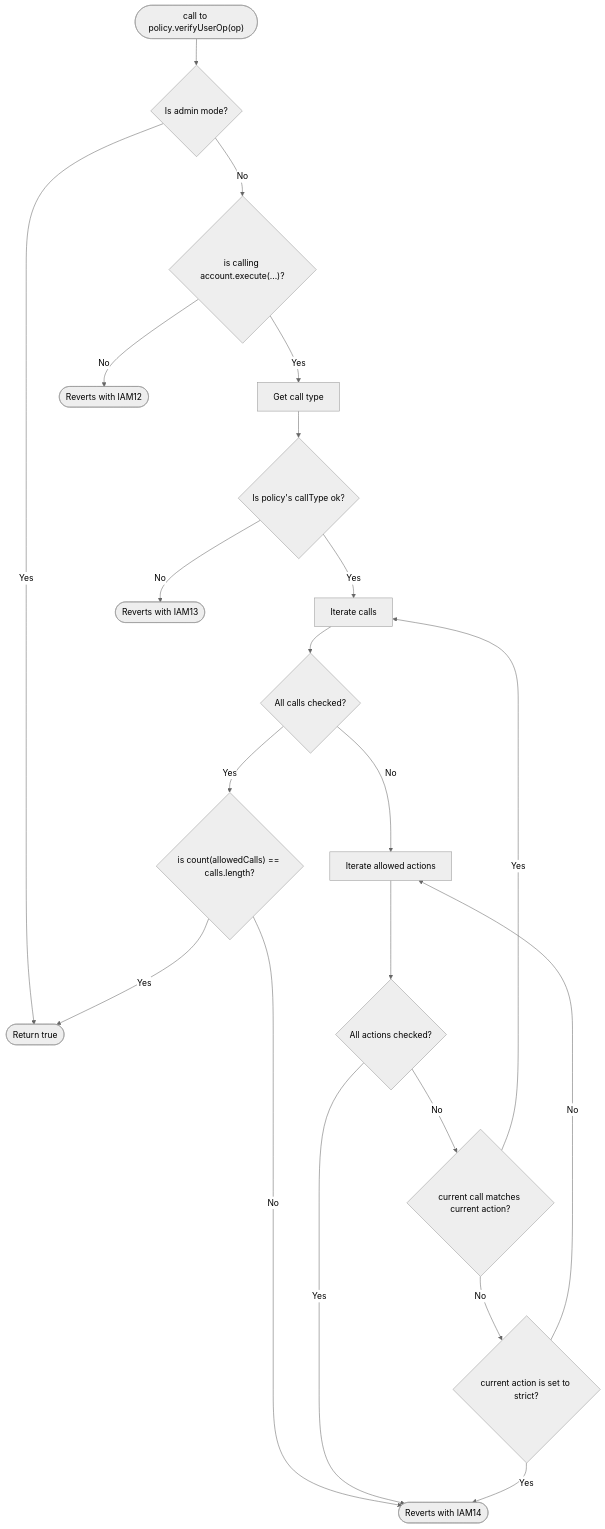
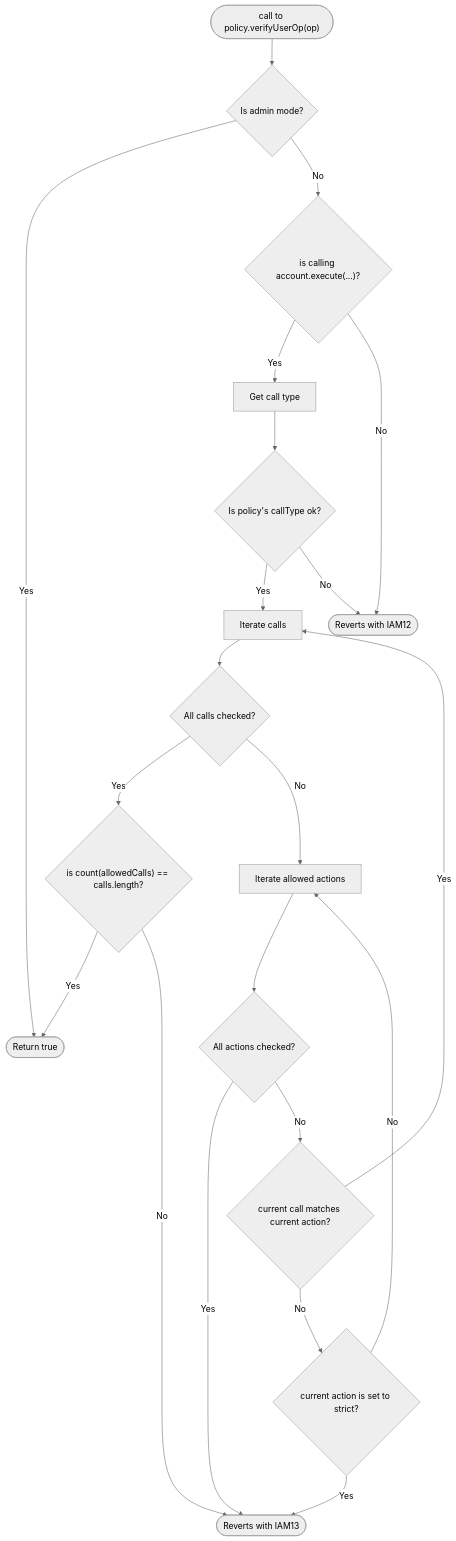
Before and after one commit to stackup-wallet/accessctl: the second of 2 diagrams in README.md, drawn with Mermaid (neutral theme). The commit also changed other lines of this file and 5 other files, not shown here.

````diff
--- a/README.md
+++ b/README.md
@@ -153,23 +153,23 @@
 ```mermaid
 flowchart TD
     start(["call to policy.verifyUserOp(op)"])-->isAdmin{Is admin mode?}
     isAdmin-->|Yes|ok([Return true])
     isAdmin-->|No|isExec{"is calling account.execute(...)?"}
     isExec-->|Yes|getCallType["Get call type"]
     isExec-->|No|iam12([Reverts with IAM12])
     getCallType-->isCallTypeOk{"Is policy's callType ok?"}
     isCallTypeOk-->|Yes|iterateCalls[Iterate calls]
-    isCallTypeOk-->|No|iam13([Reverts with IAM13])
+    isCallTypeOk-->|No|iam12([Reverts with IAM12])
     iterateCalls-->isLastCall{All calls checked?}
     isLastCall-->|Yes|allCallsOk{"is count(allowedCalls) == calls.length?"}
     allCallsOk-->|Yes|ok
-    allCallsOk-->|No|iam14([Reverts with IAM14])
+    allCallsOk-->|No|iam13([Reverts with IAM13])
     isLastCall-->|No|iterateActions[Iterate allowed actions]
     iterateActions-->isLastAction{All actions checked?}
-    isLastAction-->|Yes|iam14
+    isLastAction-->|Yes|iam13
     isLastAction-->|No|isCallActionMatch{current call matches current action?}
     isCallActionMatch-->|No|isStrictMode{current action is set to strict?}
-    isStrictMode-->|Yes|iam14
+    isStrictMode-->|Yes|iam13
     isStrictMode-->|No|iterateActions
     isCallActionMatch-->|Yes|iterateCalls
 ```
````
